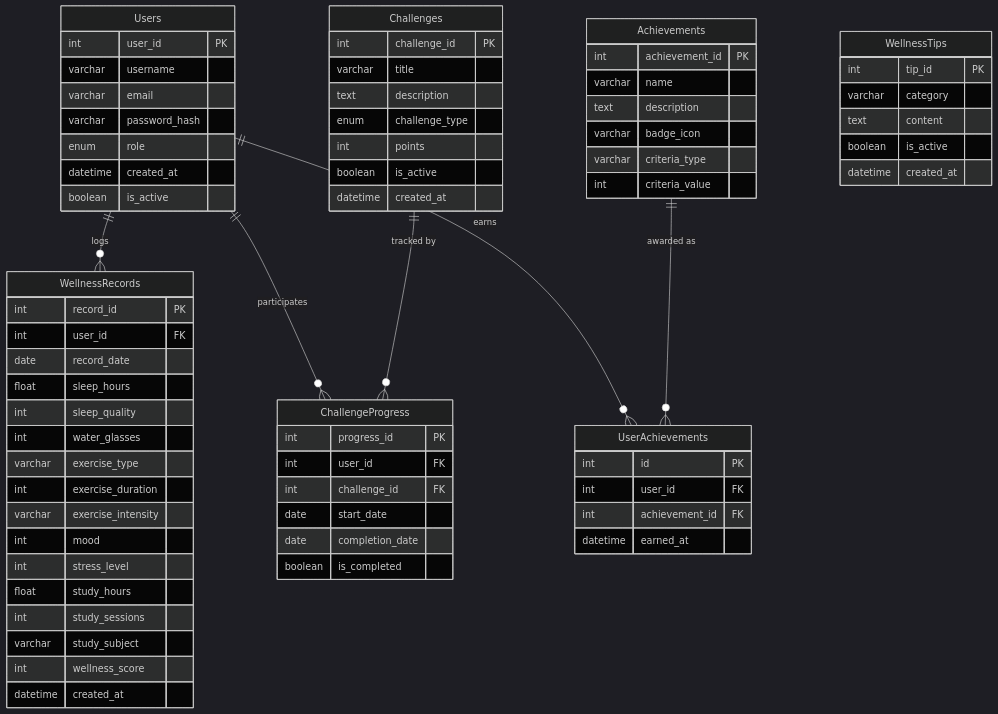
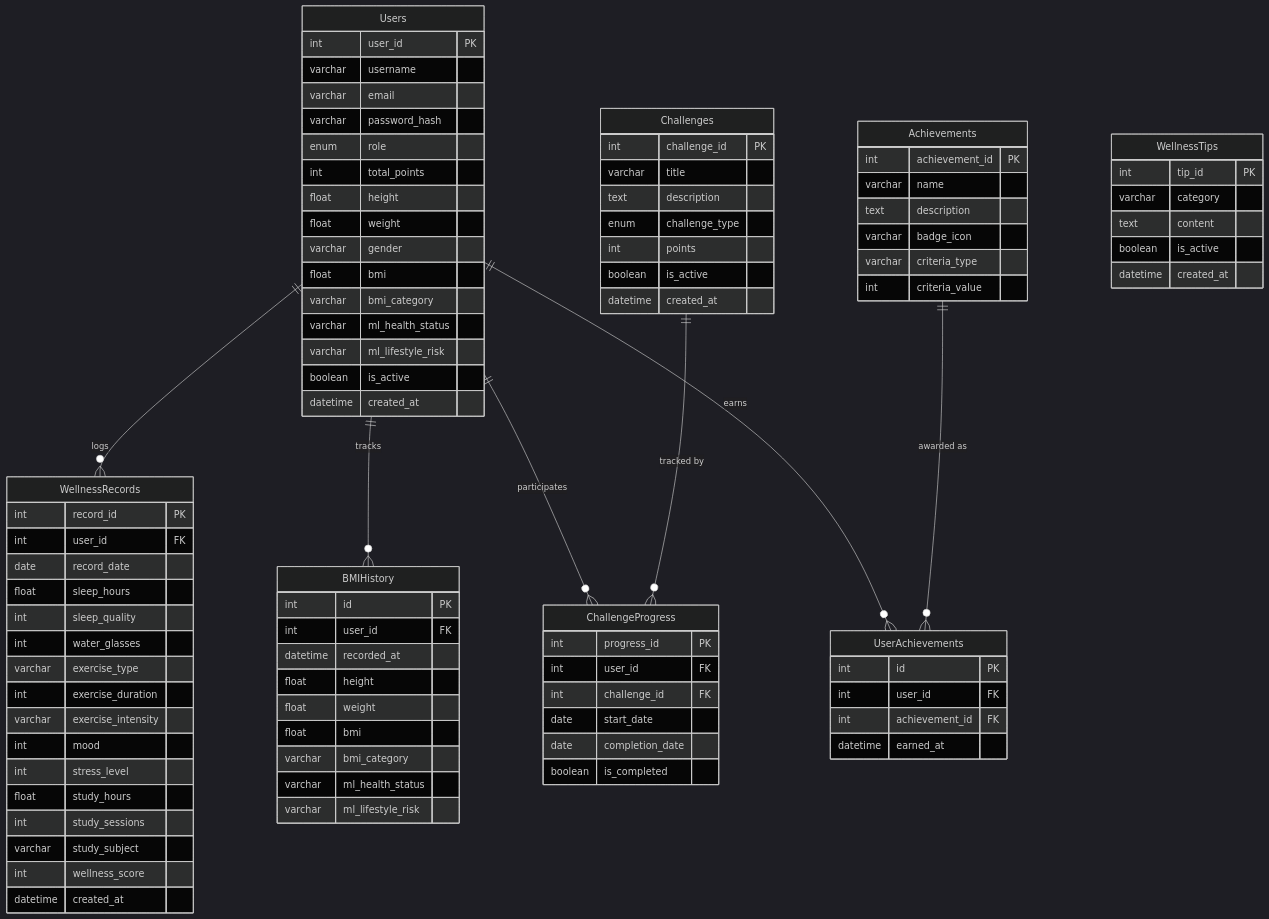
Before and after one commit to goxxie08/Wellvia: the seventh of 8 diagrams in PROJECT_VISION.md, drawn with Mermaid (dark theme). The commit also changed other lines of this file and 2 other files, not shown here.

````diff
--- a/PROJECT_VISION.md
+++ b/PROJECT_VISION.md
@@ -717,6 +743,7 @@
 ```mermaid
 erDiagram
     Users ||--o{ WellnessRecords : "logs"
+    Users ||--o{ BMIHistory : "tracks"
     Users ||--o{ ChallengeProgress : "participates"
     Users ||--o{ UserAchievements : "earns"
     Challenges ||--o{ ChallengeProgress : "tracked by"
@@ -728,8 +755,28 @@
         varchar email
         varchar password_hash
         enum role
+        int total_points
+        float height
+        float weight
+        varchar gender
+        float bmi
+        varchar bmi_category
+        varchar ml_health_status
+        varchar ml_lifestyle_risk
+        boolean is_active
         datetime created_at
-        boolean is_active
+    }
+
+    BMIHistory {
+        int id PK
+        int user_id FK
+        datetime recorded_at
+        float height
+        float weight
+        float bmi
+        varchar bmi_category
+        varchar ml_health_status
+        varchar ml_lifestyle_risk
     }
 
     WellnessRecords {
````
